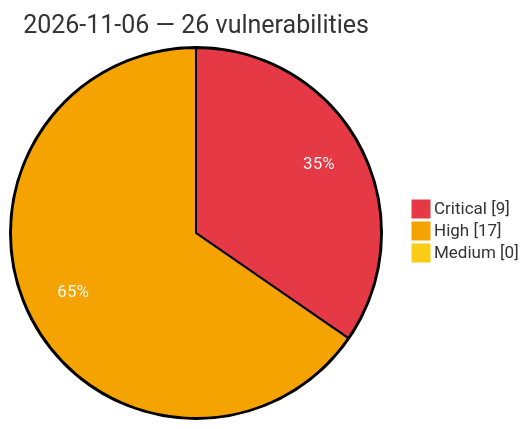
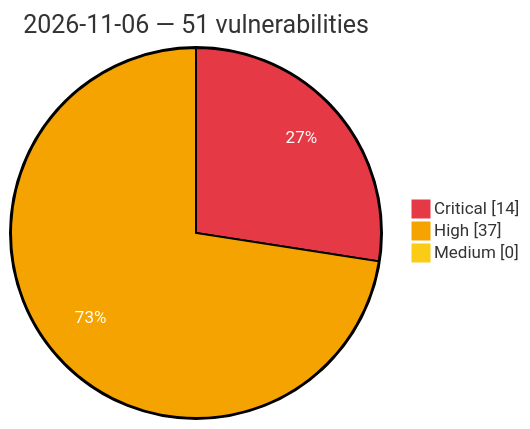
One commit to GhostX0X/vuln-tracker changed the diagram in vulnerabilities/2026/November/2026-11-06.md. Above: the diagram before and after it, drawn with Mermaid. The commit also changed other lines of this file and 5 other files, not shown here.

Commit message:
Auto update: critical/high vulns (2026-11-06 19:52 UTC)

````diff
--- a/vulnerabilities/2026/November/2026-11-06.md
+++ b/vulnerabilities/2026/November/2026-11-06.md
@@ -3,8 +3,8 @@
 ```mermaid
 %%{init: {'theme':'base', 'themeVariables': {'pie1':'#e63946', 'pie2':'#f4a300', 'pie3':'#facc15', 'pieOpacity':'1', 'pieOuterStrokeWidth':'2px', 'pieSectionTextColor':'#ffffff'}}}%%
 pie showData
-    title 2026-11-06 — 26 vulnerabilities
-    "Critical" : 9
-    "High" : 17
+    title 2026-11-06 — 51 vulnerabilities
+    "Critical" : 14
+    "High" : 37
     "Medium" : 0
 ```
````
